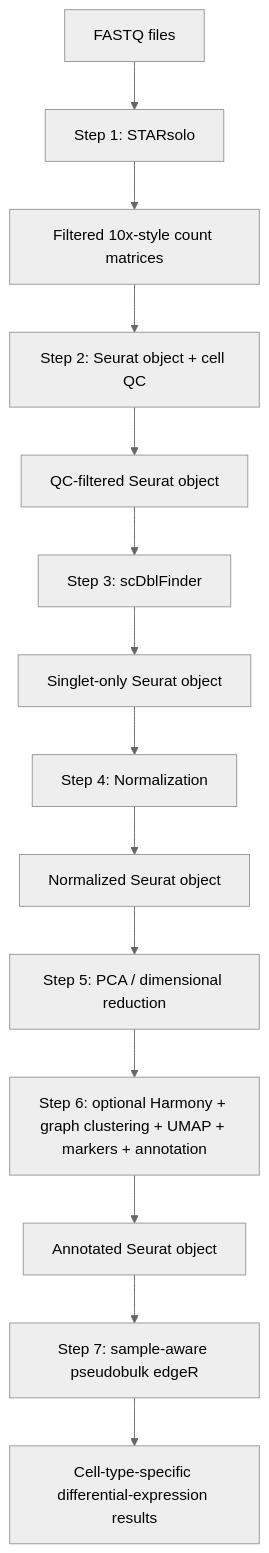
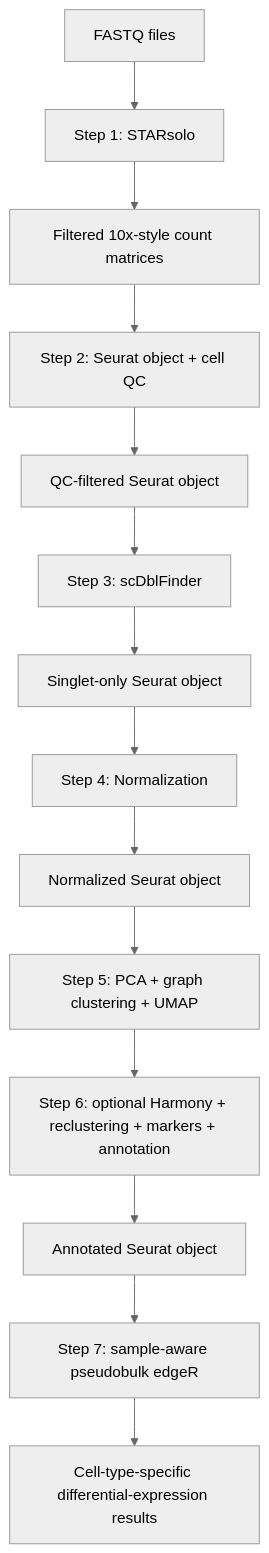
The diagram in Script_R/Chromium_SingleCell/README.md (fdachet/Genomics), drawn with Mermaid (neutral theme) before and after one commit. The commit also changed other lines of this file and 8 other files, not shown here.

````diff
--- a/Script_R/Chromium_SingleCell/README.md
+++ b/Script_R/Chromium_SingleCell/README.md
@@ -15,16 +15,16 @@
 ```mermaid
 flowchart TD
     A[FASTQ files] --> B[Step 1: STARsolo]
     B --> C[Filtered 10x-style count matrices]
     C --> D[Step 2: Seurat object + cell QC]
     D --> E[QC-filtered Seurat object]
     E --> F[Step 3: scDblFinder]
     F --> G[Singlet-only Seurat object]
     G --> H[Step 4: Normalization]
     H --> I[Normalized Seurat object]
-    I --> J[Step 5: PCA / dimensional reduction]
-    J --> K[Step 6: optional Harmony + graph clustering + UMAP + markers + annotation]
+    I --> J[Step 5: PCA + graph clustering + UMAP]
+    J --> K[Step 6: optional Harmony + reclustering + markers + annotation]
     K --> L[Annotated Seurat object]
     L --> M[Step 7: sample-aware pseudobulk edgeR]
     M --> N[Cell-type-specific differential-expression results]
 ```
````
